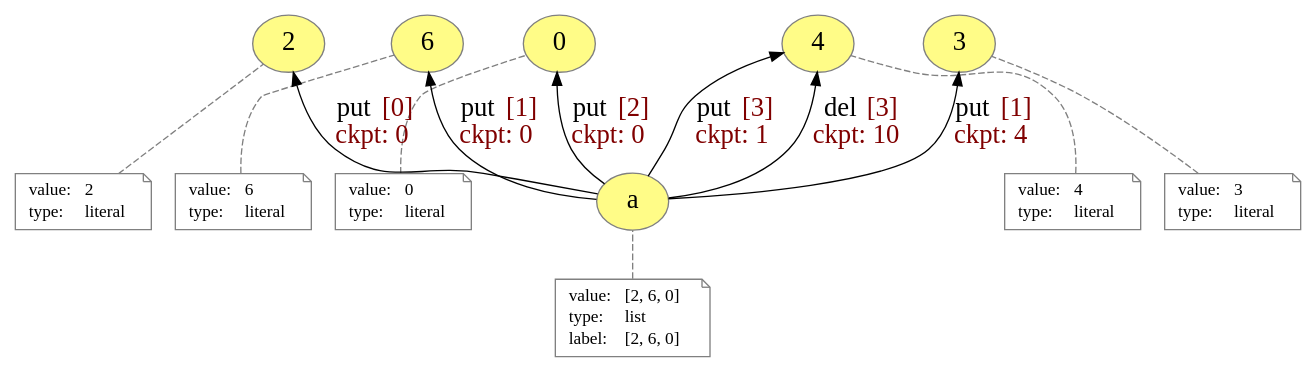
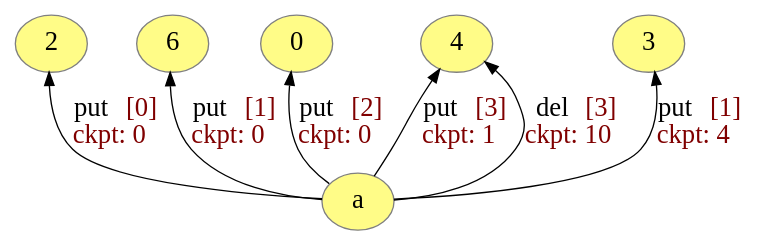
The diagram in generated/presentation/incremental.dot (dew-uff/versioned-prov), drawn with Graphviz before and after one commit. The commit also changed 44 other files, not shown here.

```diff
--- a/generated/presentation/incremental.dot
+++ b/generated/presentation/incremental.dot
@@ -1,87 +1,17 @@
 digraph "PROV" { size="16,12"; rankdir="BT";
-"g/6" [fillcolor="#FFFC87",color="#808080",style="filled",label="6",URL="g/6",fontsize="20"]
-"g/6-attrs" [color="gray",shape="note",fontsize="13",fontcolor="black",label=<<TABLE cellpadding="0" border="0">
-	<TR>
-	    <TD align="left">value:</TD>
-	    <TD align="left">6</TD>
-	</TR>
-	<TR>
-	    <TD align="left">type:</TD>
-	    <TD align="left">literal</TD>
-	</TR>
-</TABLE>>]
-"g/6-attrs" -> "g/6" [color="gray",style="dashed",arrowhead="none"]
-"g/2" [fillcolor="#FFFC87",color="#808080",style="filled",label="2",URL="g/2",fontsize="20"]
-"g/2-attrs" [color="gray",shape="note",fontsize="13",fontcolor="black",label=<<TABLE cellpadding="0" border="0">
-	<TR>
-	    <TD align="left">value:</TD>
-	    <TD align="left">2</TD>
-	</TR>
-	<TR>
-	    <TD align="left">type:</TD>
-	    <TD align="left">literal</TD>
-	</TR>
-</TABLE>>]
-"g/2-attrs" -> "g/2" [color="gray",style="dashed",arrowhead="none"]
-"g/0" [fillcolor="#FFFC87",color="#808080",style="filled",label="0",URL="g/0",fontsize="20"]
-"g/0-attrs" [color="gray",shape="note",fontsize="13",fontcolor="black",label=<<TABLE cellpadding="0" border="0">
-	<TR>
-	    <TD align="left">value:</TD>
-	    <TD align="left">0</TD>
-	</TR>
-	<TR>
-	    <TD align="left">type:</TD>
-	    <TD align="left">literal</TD>
-	</TR>
-</TABLE>>]
-"g/0-attrs" -> "g/0" [color="gray",style="dashed",arrowhead="none"]
-"g/4" [fillcolor="#FFFC87",color="#808080",style="filled",label="4",URL="g/4",fontsize="20"]
-"g/4-attrs" [color="gray",shape="note",fontsize="13",fontcolor="black",label=<<TABLE cellpadding="0" border="0">
-	<TR>
-	    <TD align="left">value:</TD>
-	    <TD align="left">4</TD>
-	</TR>
-	<TR>
-	    <TD align="left">type:</TD>
-	    <TD align="left">literal</TD>
-	</TR>
-</TABLE>>]
-"g/4-attrs" -> "g/4" [color="gray",style="dashed",arrowhead="none"]
-"g/3" [fillcolor="#FFFC87",color="#808080",style="filled",label="3",URL="g/3",fontsize="20"]
-"g/3-attrs" [color="gray",shape="note",fontsize="13",fontcolor="black",label=<<TABLE cellpadding="0" border="0">
-	<TR>
-	    <TD align="left">value:</TD>
-	    <TD align="left">3</TD>
-	</TR>
-	<TR>
-	    <TD align="left">type:</TD>
-	    <TD align="left">literal</TD>
-	</TR>
-</TABLE>>]
-"g/3-attrs" -> "g/3" [color="gray",style="dashed",arrowhead="none"]
-"g/a" [fillcolor="#FFFC87",color="#808080",style="filled",label="a",URL="g/a",fontsize="20"]
-"g/a-attrs" [color="gray",shape="note",fontsize="13",fontcolor="black",label=<<TABLE cellpadding="0" border="0">
-	<TR>
-	    <TD align="left">value:</TD>
-	    <TD align="left">[2, 6, 0]</TD>
-	</TR>
-	<TR>
-	    <TD align="left">type:</TD>
-	    <TD align="left">list</TD>
-	</TR>
-	<TR>
-	    <TD align="left">label:</TD>
-	    <TD align="left">[2, 6, 0]</TD>
-	</TR>
-</TABLE>>]
-"g/a-attrs" -> "g/a" [color="gray",style="dashed",arrowhead="none"]
-"g/a" -> "g/2" [fontsize="20",labeldistance="1",color="black",labelangle="60.0",rotation="20",label=<<font color="black">put</font><font color="#800000"> [0]<br/>ckpt: 0</font>>]
-"g/a" -> "g/6" [fontsize="20",labeldistance="1",color="black",labelangle="60.0",rotation="20",label=<<font color="black">put</font><font color="#800000"> [1]<br/>ckpt: 0</font>>]
-"g/a" -> "g/0" [fontsize="20",labeldistance="1",color="black",labelangle="60.0",rotation="20",label=<<font color="black">put</font><font color="#800000"> [2]<br/>ckpt: 0</font>>]
-"g/a" -> "g/4" [fontsize="20",labeldistance="1",color="black",labelangle="60.0",rotation="20",label=<<font color="black">put</font><font color="#800000"> [3]<br/>ckpt: 1</font>>]
-"g/a" -> "g/3" [fontsize="20",labeldistance="1",color="black",labelangle="60.0",rotation="20",label=<<font color="black">put</font><font color="#800000"> [1]<br/>ckpt: 4</font>>]
-"g/a" -> "g/4" [fontsize="20",labeldistance="1",color="black",labelangle="60.0",rotation="20",label=<<font color="black">del</font><font color="#800000"> [3]<br/>ckpt: 10</font>>]
+"g/6" [fillcolor="#FFFC87",color="#808080",style="filled",hide3="true",label="6",URL="g/6",fontsize="20"]
+"g/2" [fillcolor="#FFFC87",color="#808080",style="filled",hide3="true",label="2",URL="g/2",fontsize="20"]
+"g/0" [fillcolor="#FFFC87",color="#808080",style="filled",hide3="true",label="0",URL="g/0",fontsize="20"]
+"g/4" [fillcolor="#FFFC87",color="#808080",style="filled",hide3="true",label="4",URL="g/4",fontsize="20"]
+"g/3" [fillcolor="#FFFC87",color="#808080",style="filled",hide3="true",label="3",URL="g/3",fontsize="20"]
+"g/a" [fillcolor="#FFFC87",color="#808080",style="filled",hide3="true",label="a",URL="g/a",fontsize="20"]
+"g/a" -> "g/2" [fontsize="20",labeldistance="1",color="black",labelangle="60.0",rotation="20",label=<<font color="black">put</font><font color="#800000">&nbsp;[0]<br/>ckpt:&nbsp;0</font>>]
+"g/a" -> "g/6" [fontsize="20",labeldistance="1",color="black",labelangle="60.0",rotation="20",label=<<font color="black">put</font><font color="#800000">&nbsp;[1]<br/>ckpt:&nbsp;0</font>>]
+"g/a" -> "g/0" [fontsize="20",labeldistance="1",color="black",labelangle="60.0",rotation="20",label=<<font color="black">put</font><font color="#800000">&nbsp;[2]<br/>ckpt:&nbsp;0</font>>]
+"g/a" -> "g/4" [fontsize="20",labeldistance="1",color="black",labelangle="60.0",rotation="20",label=<<font color="black">put</font><font color="#800000">&nbsp;[3]<br/>ckpt:&nbsp;1</font>>]
+"g/a" -> "g/3" [fontsize="20",labeldistance="1",color="black",labelangle="60.0",rotation="20",label=<<font color="black">put</font><font color="#800000">&nbsp;[1]<br/>ckpt:&nbsp;4</font>>]
+"g/a" -> "g/4" [fontsize="20",labeldistance="1",color="black",labelangle="60.0",rotation="20",label=<<font color="black">del</font><font color="#800000">&nbsp;[3]<br/>ckpt:&nbsp;10</font>>]
 
 "g/2"->"g/6"->"g/0"->"g/4"->"g/3" [style=invis]
 {rank=same "g/2" "g/6" "g/0" "g/3" "g/4" }
 }
```
